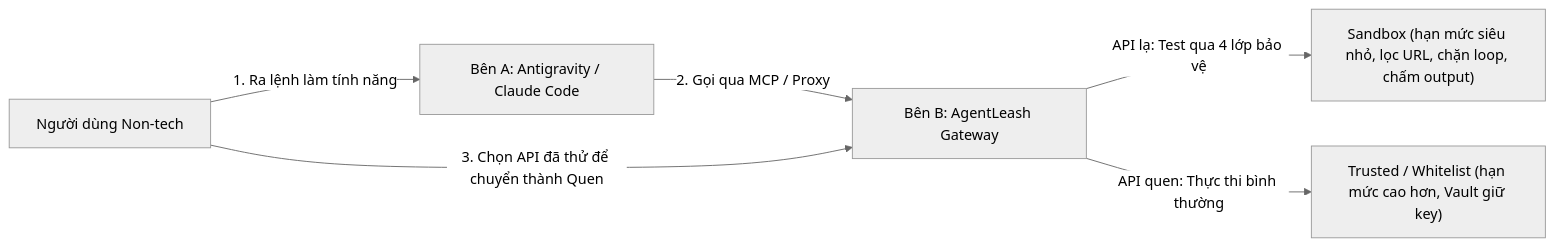
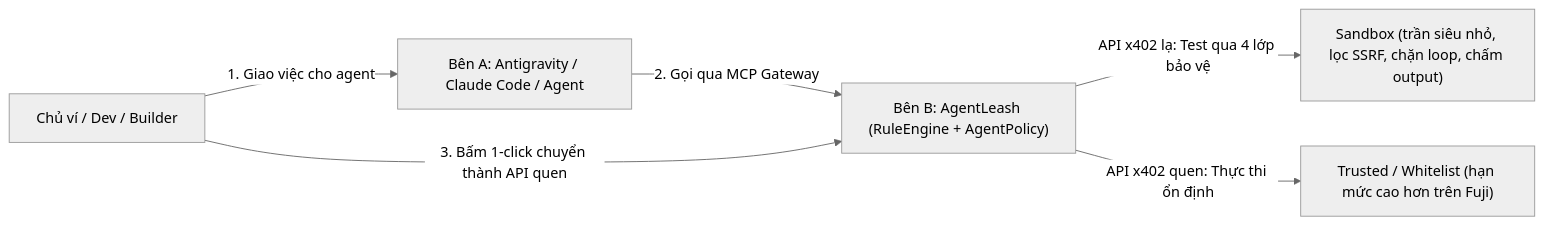
Before and after one commit to ZzIsSs/agentleash: the first of 2 diagrams in README.md, drawn with Mermaid (neutral theme). The commit also changed other lines of this file and 5 other files, not shown here.

Commit message:
docs: cập nhật định hướng thuần x402 MCP Gateway và ghi chú nộp bài UniHack

````diff
--- a/README.md
+++ b/README.md
@@ -17,8 +17,8 @@
 ```mermaid
 flowchart LR
-  User["Người dùng Non-tech"] -->|"1. Ra lệnh làm tính năng"| A["Bên A: Antigravity / Claude Code"]
-  A -->|"2. Gọi qua MCP / Proxy"| B["Bên B: AgentLeash Gateway"]
-  B -->|"API lạ: Test qua 4 lớp bảo vệ"| Sandbox["Sandbox (hạn mức siêu nhỏ, lọc URL, chặn loop, chấm output)"]
-  B -->|"API quen: Thực thi bình thường"| Trusted["Trusted / Whitelist (hạn mức cao hơn, Vault giữ key)"]
-  User -->|"3. Chọn API đã thử để chuyển thành Quen"| B
+  User["Chủ ví / Dev / Builder"] -->|"1. Giao việc cho agent"| A["Bên A: Antigravity / Claude Code / Agent"]
+  A -->|"2. Gọi qua MCP Gateway"| B["Bên B: AgentLeash (RuleEngine + AgentPolicy)"]
+  B -->|"API x402 lạ: Test qua 4 lớp bảo vệ"| Sandbox["Sandbox (trần siêu nhỏ, lọc SSRF, chặn loop, chấm output)"]
+  B -->|"API x402 quen: Thực thi ổn định"| Trusted["Trusted / Whitelist (hạn mức cao hơn trên Fuji)"]
+  User -->|"3. Bấm 1-click chuyển thành API quen"| B
 ```
````
